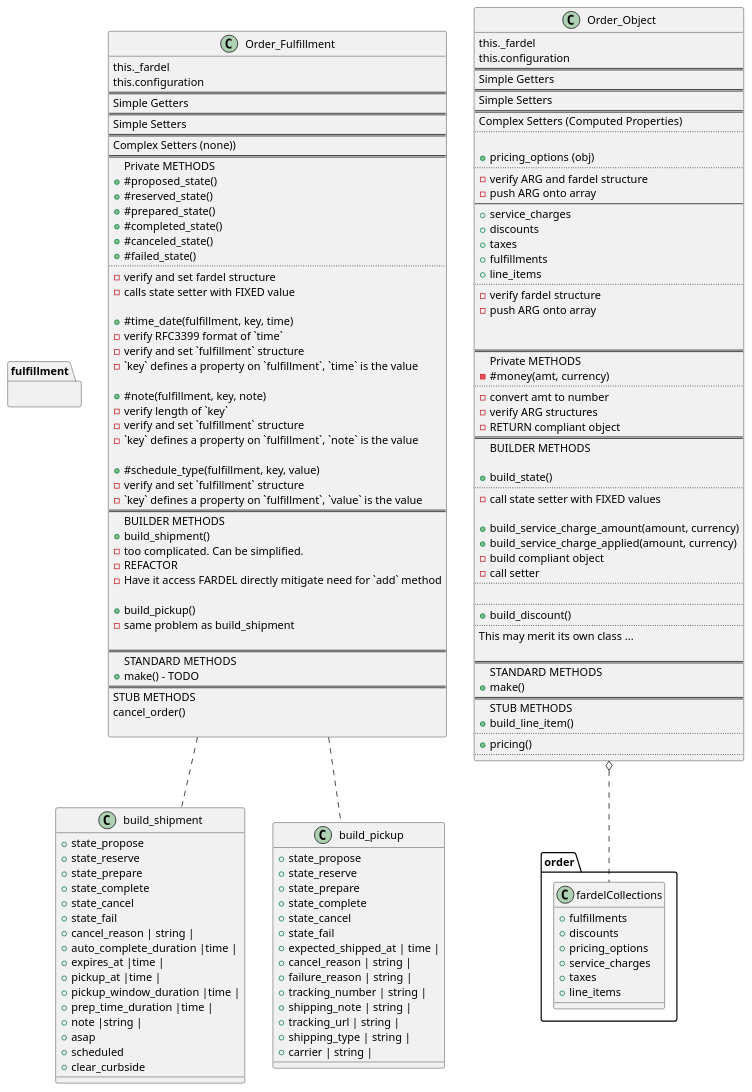
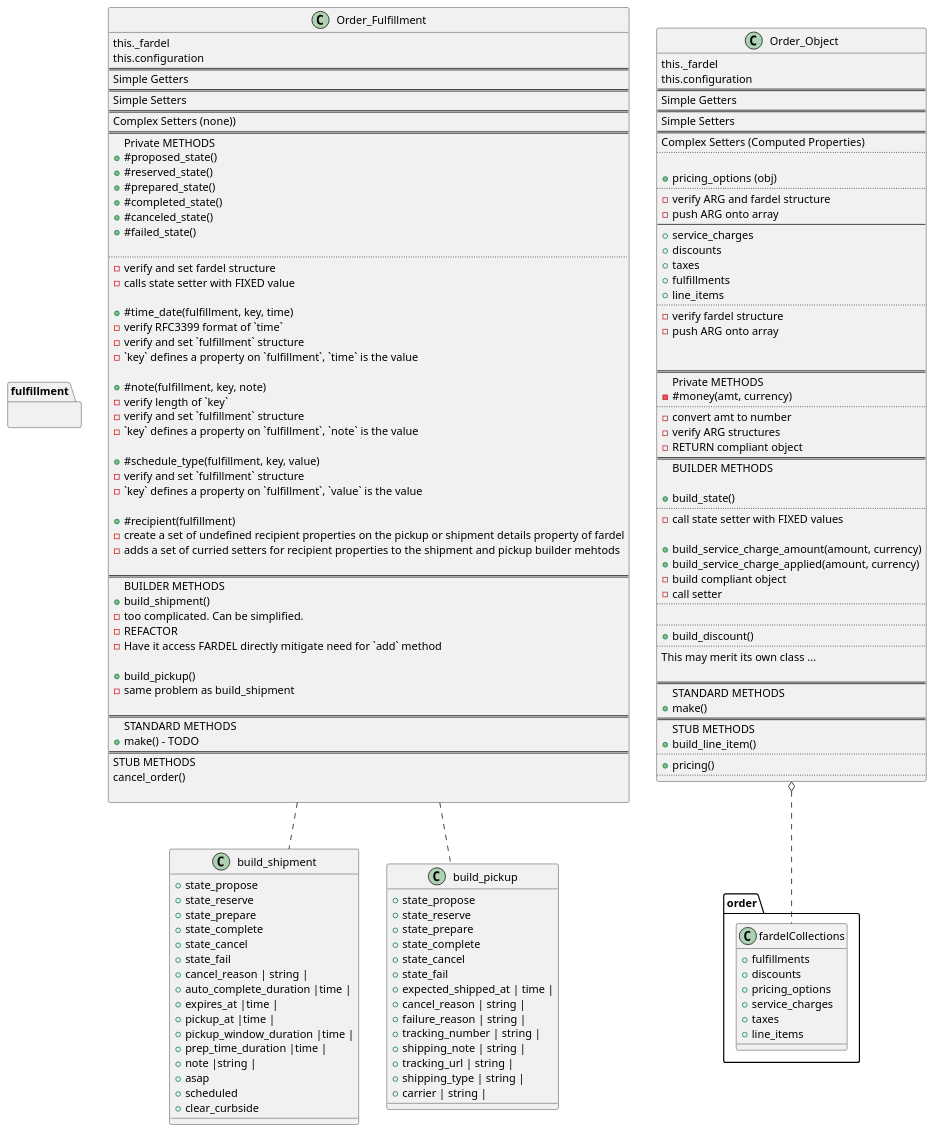
One commit to TwoFistedJustice/square-pie changed the diagram in docs/uml/order_object_pie.puml. Above: the diagram before and after it, drawn with PlantUML.

Commit message:
docs: add #recipient notation to uml

```diff
--- a/docs/uml/order_object_pie.puml
+++ b/docs/uml/order_object_pie.puml
@@ -1,179 +1,185 @@
 @startuml
 'https://plantuml.com/class-diagram
 
 
 namespace fulfillment {
 .Order_Fulfillment .. .build_shipment
 .Order_Fulfillment .. .build_pickup
 }
 
 namespace order {
 .Order_Object o.. fardelCollections
 
 object fardelCollections{
   + fulfillments
   + discounts
   + pricing_options
   + service_charges
   + taxes
   + line_items
 }
 
 }
 
 
 class Order_Object{
 this._fardel
 this.configuration
 ==
 Simple Getters
 ==
 Simple Setters
 ==
 Complex Setters (Computed Properties)
 ..
 
 + pricing_options (obj)
 ..
 - verify ARG and fardel structure
 - push ARG onto array
 --
 + service_charges
 + discounts
 + taxes
 + fulfillments
 + line_items
 ..
 - verify fardel structure
 - push ARG onto array
 
 
 ==
 Private METHODS
 - #money(amt, currency)
 ..
 -convert amt to number
 - verify ARG structures
 - RETURN compliant object
 ==
 BUILDER METHODS
 
 + build_state()
 ..
 - call state setter with FIXED values
 
 + build_service_charge_amount(amount, currency)
 + build_service_charge_applied(amount, currency)
 - build compliant object
 - call setter
 ..
 
 ..
 + build_discount()
 ..
 This may merit its own class ...
 
 ==
 STANDARD METHODS
 + make()
 ==
 STUB METHODS
 + build_line_item()
 ..
 + pricing()
 ..
 }
 
 class Order_Fulfillment {
 this._fardel
 this.configuration
 ==
 Simple Getters
 ==
 Simple Setters
 ==
 Complex Setters (none))
 ==
 Private METHODS
 + #proposed_state()
 + #reserved_state()
 + #prepared_state()
 + #completed_state()
 + #canceled_state()
 + #failed_state()
+
 ..
 - verify and set fardel structure
 - calls state setter with FIXED value
 
 + #time_date(fulfillment, key, time)
 - verify RFC3399 format of `time`
 - verify and set `fulfillment` structure
 - `key` defines a property on `fulfillment`, `time` is the value
 
 + #note(fulfillment, key, note)
 - verify length of `key`
 - verify and set `fulfillment` structure
 - `key` defines a property on `fulfillment`, `note` is the value
 
 + #schedule_type(fulfillment, key, value)
 - verify and set `fulfillment` structure
 - `key` defines a property on `fulfillment`, `value` is the value
+
++ #recipient(fulfillment)
+- create a set of undefined recipient properties on the pickup or shipment details property of fardel
+- adds a set of curried setters for recipient properties to the shipment and pickup builder mehtods
+
 ==
 BUILDER METHODS
 + build_shipment()
 - too complicated. Can be simplified.
 - REFACTOR
 - Have it access FARDEL directly mitigate need for `add` method
 
 + build_pickup()
 - same problem as build_shipment
 
 ==
 STANDARD METHODS
 + make() - TODO
 ==
 STUB METHODS
 cancel_order()
 
 }
 
 
 object build_shipment {
 + state_propose
 + state_reserve
 + state_prepare
 + state_complete
 + state_cancel
 + state_fail
 + cancel_reason | string |
 + auto_complete_duration |time |
 + expires_at |time |
 + pickup_at |time |
 + pickup_window_duration |time |
 + prep_time_duration |time |
 + note |string |
 + asap
 + scheduled
 + clear_curbside
 
 }
 
 object build_pickup {
 + state_propose
 + state_reserve
 + state_prepare
 + state_complete
 + state_cancel
 + state_fail
 + expected_shipped_at | time |
 + cancel_reason | string |
 + failure_reason | string |
 + tracking_number | string |
 + shipping_note | string |
 + tracking_url | string |
 + shipping_type | string |
 + carrier | string |
 }
 
 
 @enduml
```
